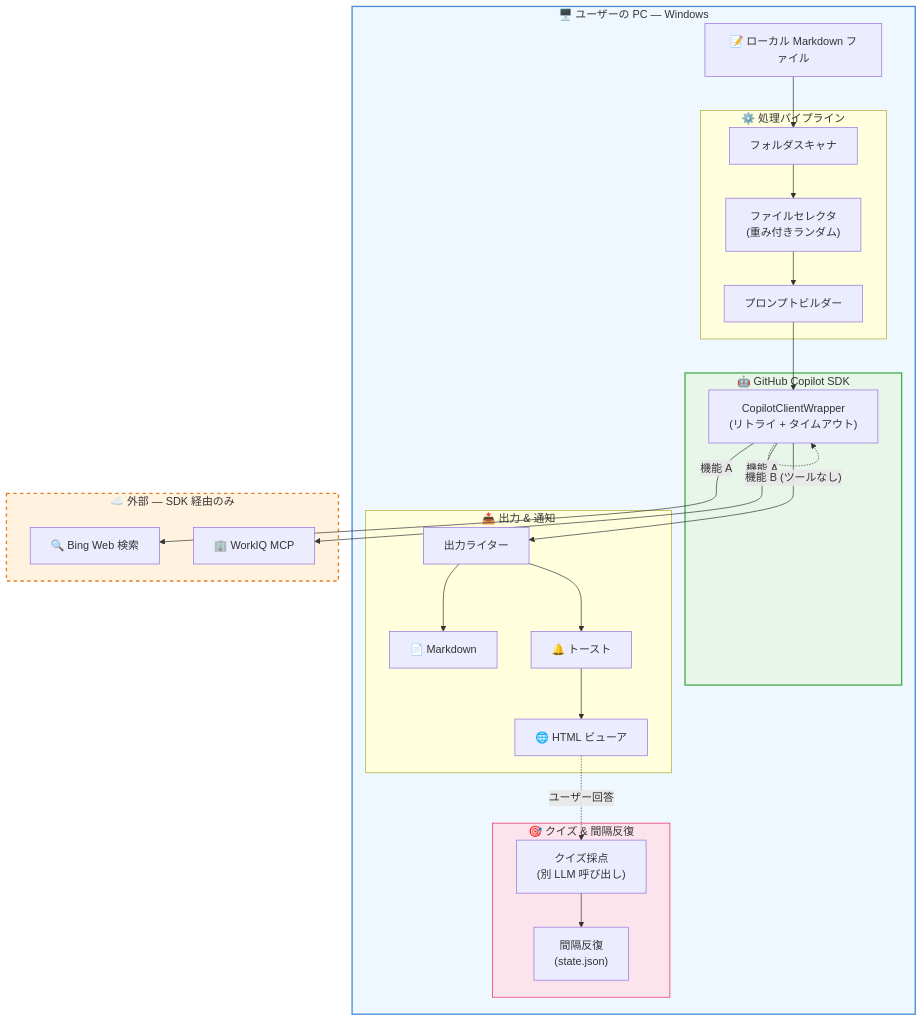
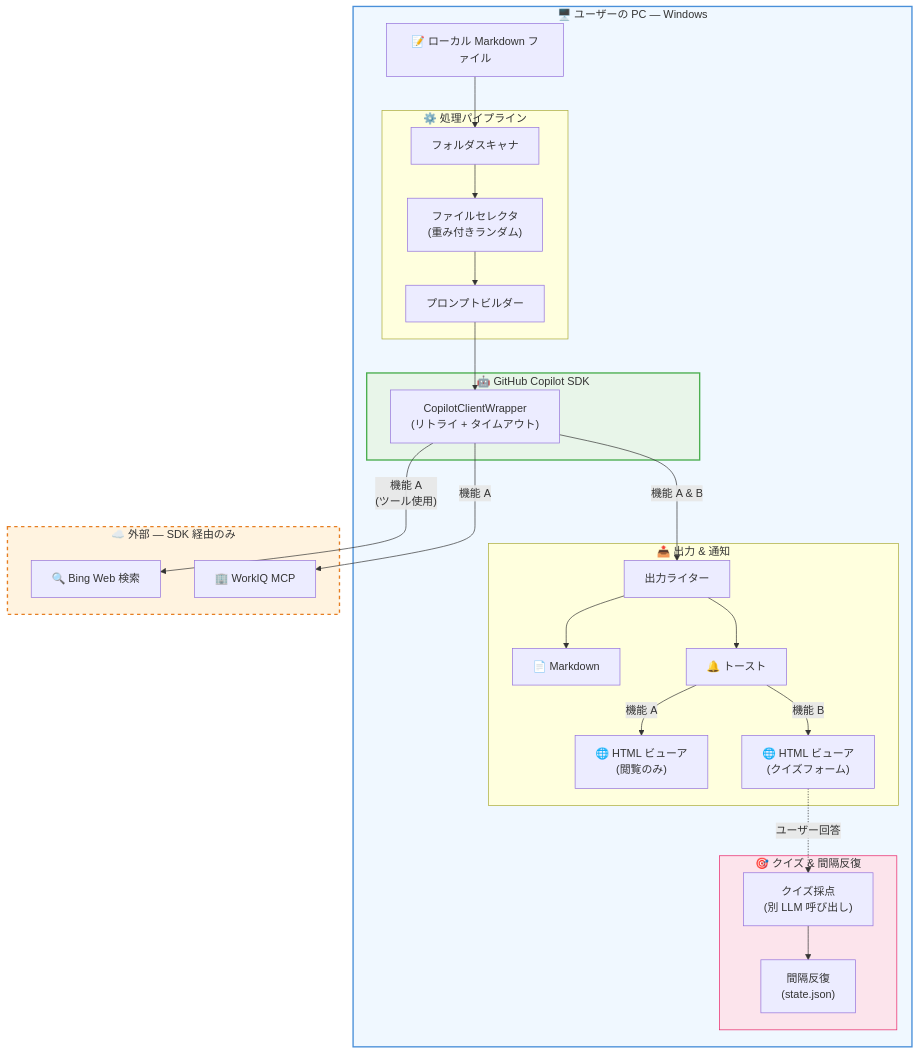
Before and after one commit to shitada/ghcpsdknotify: the second of 2 diagrams in README.md, drawn with Mermaid. The commit also changed other lines of this file, not shown here.

Commit message:
Fix architecture diagrams: Feature B also outputs via toast/viewer, distinguish viewer roles (read-only vs quiz form)

````diff
--- a/README.md
+++ b/README.md
@@ -269,51 +270,52 @@
 ```mermaid
 flowchart TB
     subgraph LOCAL_ENV ["🖥️ ユーザーの PC — Windows"]
         MD["📝 ローカル Markdown ファイル"]
 
         subgraph PIPELINE ["⚙️ 処理パイプライン"]
             FS["フォルダスキャナ"]
             SEL["ファイルセレクタ\n(重み付きランダム)"]
             PB["プロンプトビルダー"]
             FS --> SEL --> PB
         end
 
         subgraph SDK_LAYER ["🤖 GitHub Copilot SDK"]
             CLIENT["CopilotClientWrapper\n(リトライ + タイムアウト)"]
         end
 
         subgraph OUTPUT ["📤 出力 & 通知"]
             OW["出力ライター"]
             MDF["📄 Markdown"]
             TOAST["🔔 トースト"]
-            VIEWER["🌐 HTML ビューア"]
+            VIEWER_A["🌐 HTML ビューア\n(閲覧のみ)"]
+            VIEWER_B["🌐 HTML ビューア\n(クイズフォーム)"]
             OW --> MDF
-            OW --> TOAST --> VIEWER
+            OW --> TOAST
+            TOAST -- "機能 A" --> VIEWER_A
+            TOAST -- "機能 B" --> VIEWER_B
         end
 
         subgraph QUIZ ["🎯 クイズ & 間隔反復"]
             SCORE["クイズ採点\n(別 LLM 呼び出し)"]
             SR["間隔反復\n(state.json)"]
             SCORE --> SR
         end
     end
 
     subgraph EXTERNAL ["☁️ 外部 — SDK 経由のみ"]
         BING["🔍 Bing Web 検索"]
         MCP["🏢 WorkIQ MCP"]
     end
 
     MD --> FS
     PB --> CLIENT
-    CLIENT --> OW
-    VIEWER -. "ユーザー回答" .-> SCORE
-
-    CLIENT -- "機能 A" --> BING
+    CLIENT -- "機能 A\n(ツール使用)" --> BING
     CLIENT -- "機能 A" --> MCP
-    CLIENT -. "機能 B (ツールなし)" .-> CLIENT
+    CLIENT -- "機能 A & B" --> OW
+    VIEWER_B -. "ユーザー回答" .-> SCORE
 
     style LOCAL_ENV fill:#f0f8ff,stroke:#4a90d9,stroke-width:2px
     style EXTERNAL fill:#fff3e0,stroke:#e67e22,stroke-width:2px,stroke-dasharray:5
     style SDK_LAYER fill:#e8f5e9,stroke:#4caf50,stroke-width:2px
     style QUIZ fill:#fce4ec,stroke:#e91e63,stroke-width:1px
 ```
````
